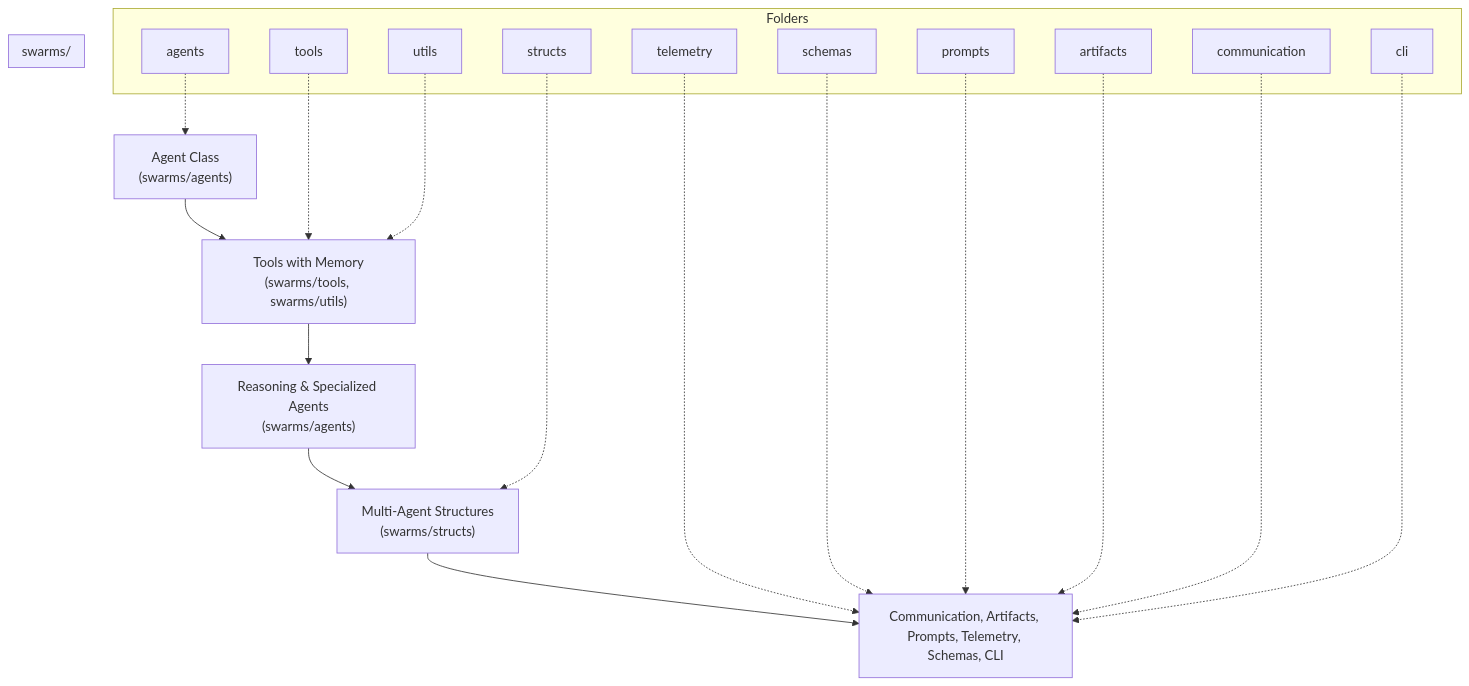
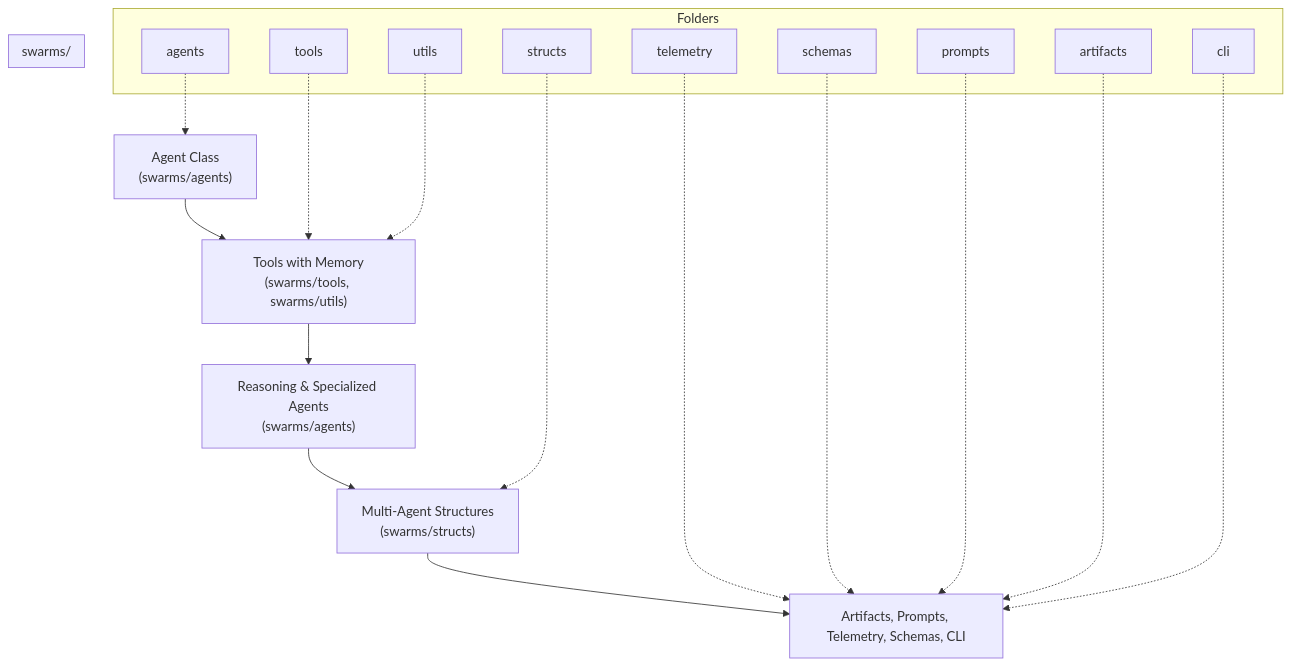
Before and after one commit to The-Swarm-Corporation/swarms-framework-docs: the diagram in community/protocol-overview.mdx, drawn with Mermaid. The commit also changed other lines of this file and 106 other files, not shown here.

````diff
--- a/community/protocol-overview.mdx
+++ b/community/protocol-overview.mdx
@@ -82,44 +82,41 @@
 ```mermaid
 flowchart TD
     A["Agent Class<br/>(swarms/agents)"] --> B["Tools with Memory<br/>(swarms/tools, swarms/utils)"]
     B --> C["Reasoning & Specialized Agents<br/>(swarms/agents)"]
     C --> D["Multi-Agent Structures<br/>(swarms/structs)"]
-    D --> E["Communication, Artifacts, Prompts, Telemetry, Schemas, CLI"]
+    D --> E["Artifacts, Prompts, Telemetry, Schemas, CLI"]
 
     subgraph Folders
         A1["agents"]
         A2["tools"]
         A3["structs"]
         A4["utils"]
         A5["telemetry"]
         A6["schemas"]
         A7["prompts"]
         A8["artifacts"]
-        A9["communication"]
         A10["cli"]
     end
 
     subgraph "swarms/"
         A1
         A2
         A3
         A4
         A5
         A6
         A7
         A8
-        A9
         A10
     end
 
     A1 -.-> A
     A2 -.-> B
     A3 -.-> D
     A4 -.-> B
     A5 -.-> E
     A6 -.-> E
     A7 -.-> E
     A8 -.-> E
-    A9 -.-> E
     A10 -.-> E
 ```
````
